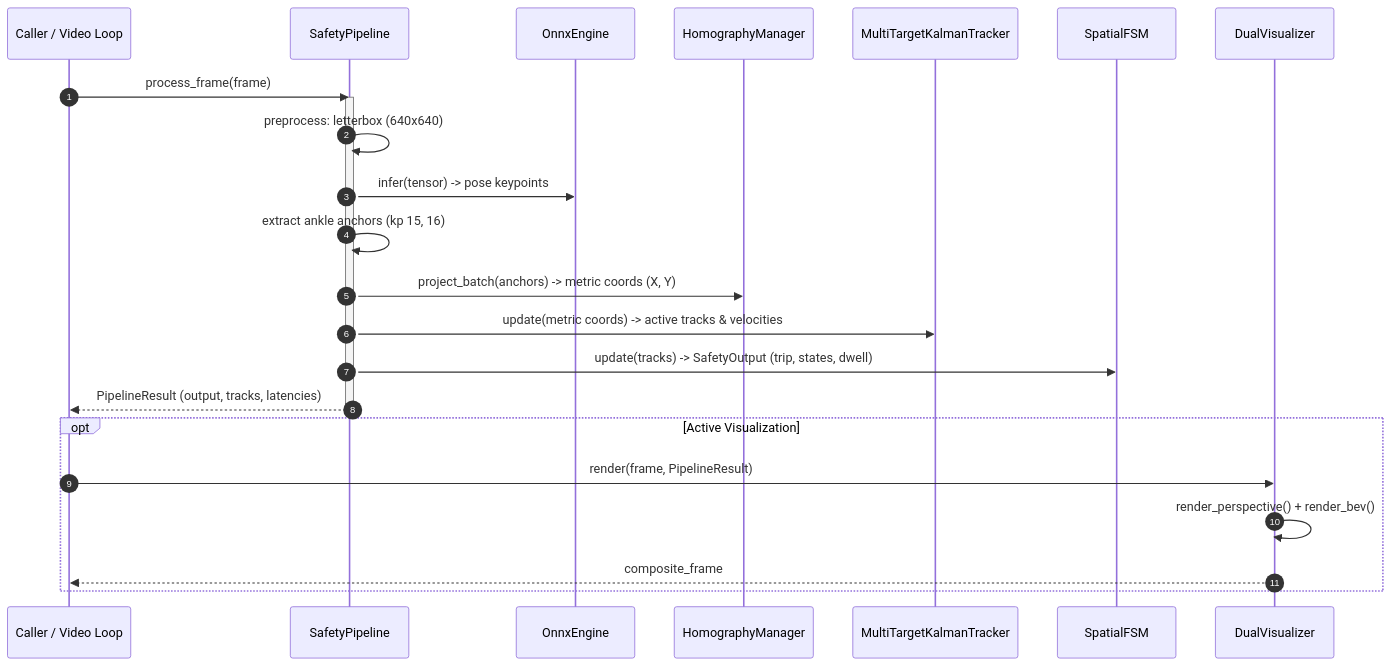
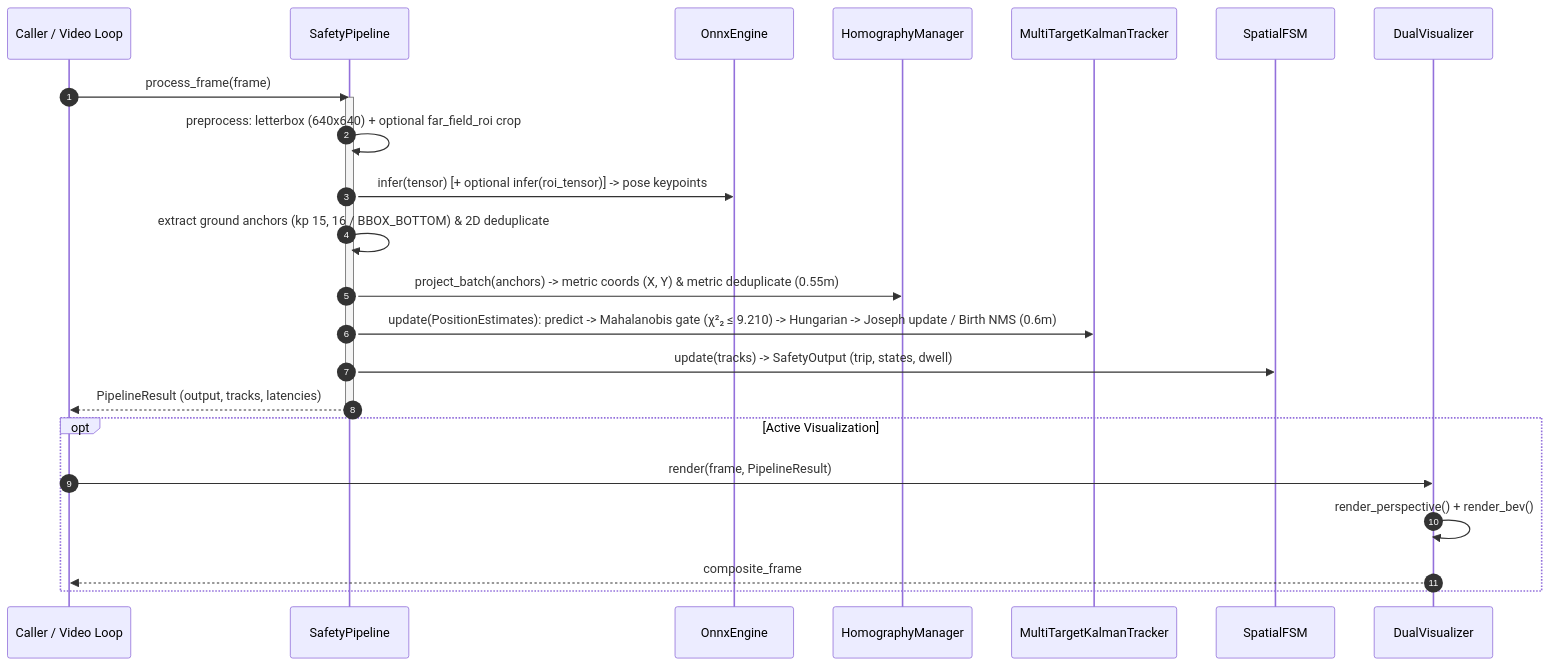
Before and after one commit to LeanoA/edge-vision-zone-monitor: the fourth of 4 diagrams in README.md, drawn with Mermaid. The commit also changed other lines of this file and 8 other files, not shown here.

Commit message:
docs: align diagrams, anchor tiers, geometry, and benchmarks with codebase

````diff
--- a/README.md
+++ b/README.md
@@ -331,27 +332,27 @@
 ```mermaid
 sequenceDiagram
     autonumber
     participant C as Caller / Video Loop
     participant P as SafetyPipeline
     participant O as OnnxEngine
     participant H as HomographyManager
     participant K as MultiTargetKalmanTracker
     participant F as SpatialFSM
     participant V as DualVisualizer
 
     C->>P: process_frame(frame)
     activate P
-    P->>P: preprocess: letterbox (640x640)
-    P->>O: infer(tensor) -> pose keypoints
-    P->>P: extract ankle anchors (kp 15, 16)
-    P->>H: project_batch(anchors) -> metric coords (X, Y)
-    P->>K: update(metric coords) -> active tracks & velocities
+    P->>P: preprocess: letterbox (640x640) + optional far_field_roi crop
+    P->>O: infer(tensor) [+ optional infer(roi_tensor)] -> pose keypoints
+    P->>P: extract ground anchors (kp 15, 16 / BBOX_BOTTOM) & 2D deduplicate
+    P->>H: project_batch(anchors) -> metric coords (X, Y) & metric deduplicate (0.55m)
+    P->>K: update(PositionEstimates): predict -> Mahalanobis gate (χ²₂ ≤ 9.210) -> Hungarian -> Joseph update / Birth NMS (0.6m)
     P->>F: update(tracks) -> SafetyOutput (trip, states, dwell)
     P-->>C: PipelineResult (output, tracks, latencies)
     deactivate P
     opt Active Visualization
         C->>V: render(frame, PipelineResult)
         V->>V: render_perspective() + render_bev()
         V-->>C: composite_frame
     end
 ```
````
